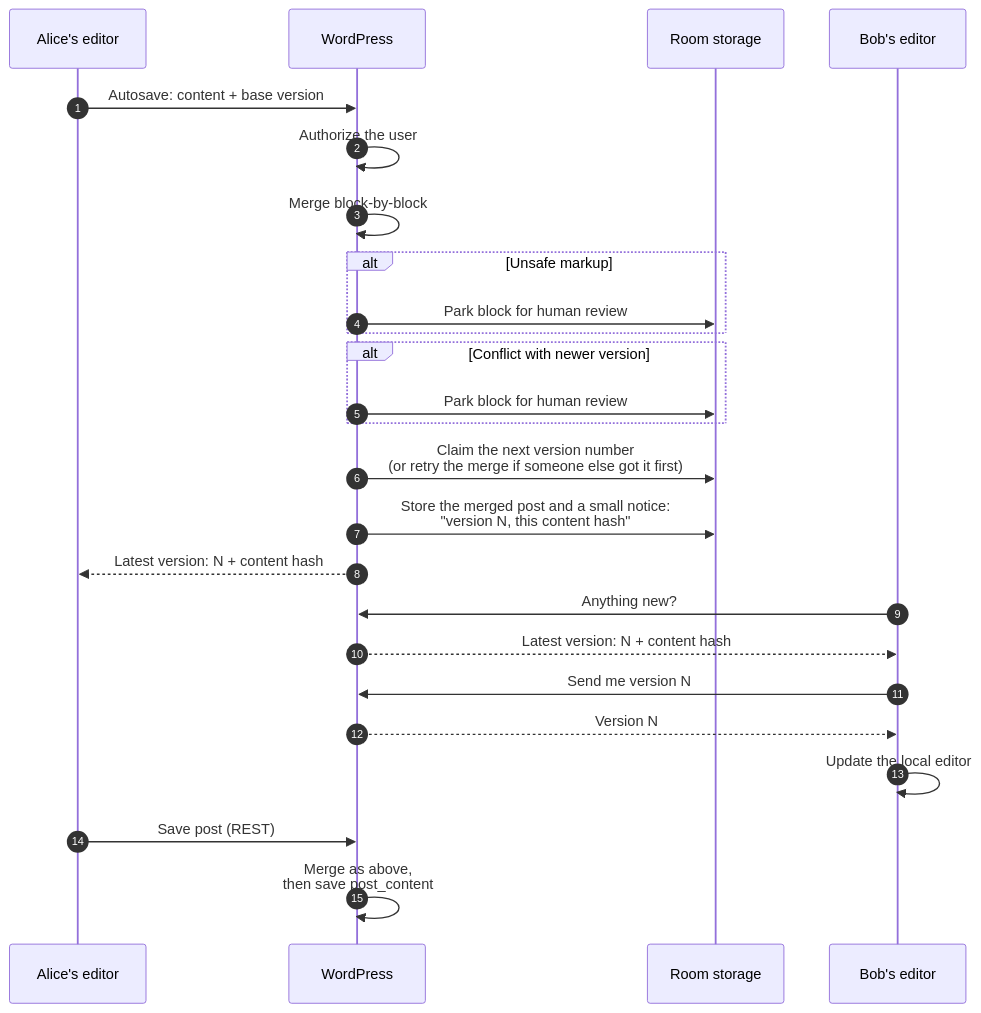
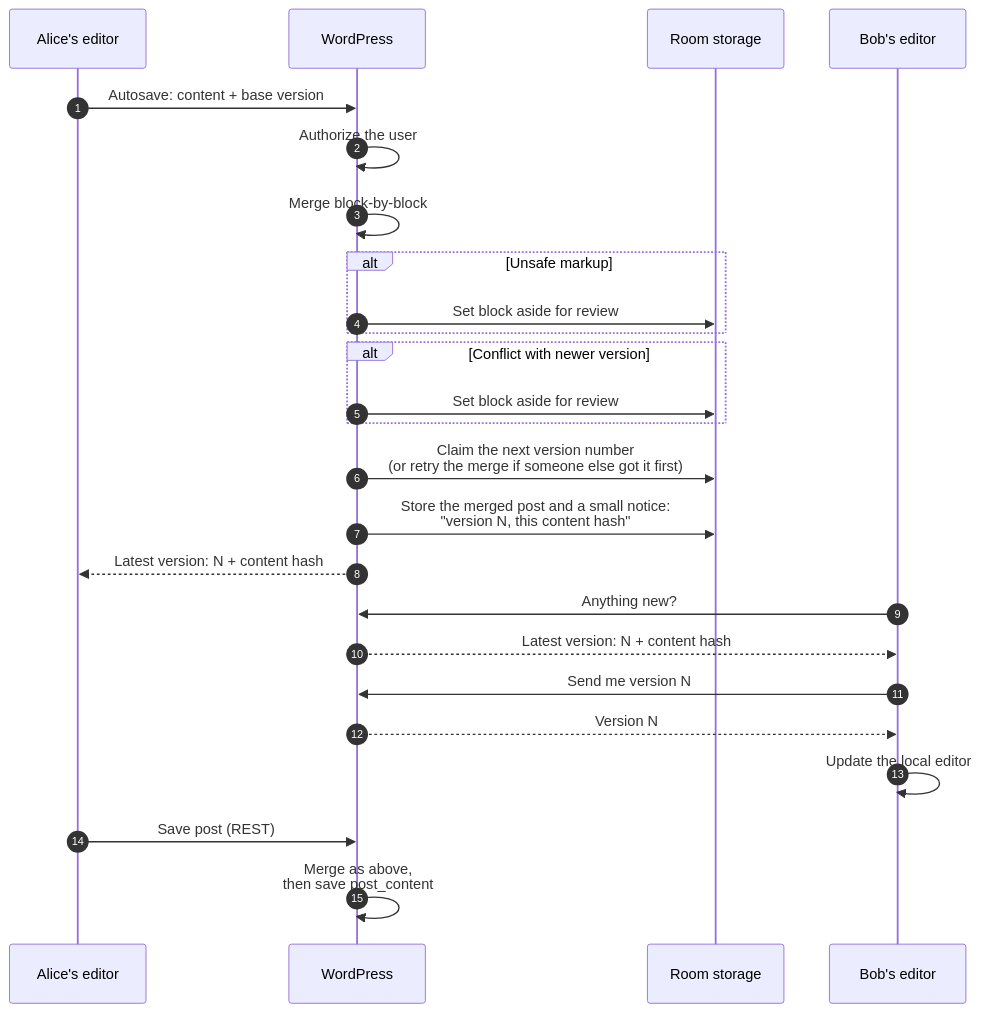
The fourth of 4 diagrams in docs/data-flow.md (WordPress/gutenberg-sync-engines), drawn with Mermaid before and after one commit. The commit also changed other lines of this file and 57 other files, not shown here.

````diff
--- a/docs/data-flow.md
+++ b/docs/data-flow.md
@@ -170,27 +160,27 @@
 ```mermaid
 sequenceDiagram
     autonumber
     participant A as Alice's editor
     participant WP as WordPress
     participant DB as Room storage
     participant B as Bob's editor
     A->>WP: Autosave: content + base version
     WP->>WP: Authorize the user
     WP->>WP: Merge block-by-block
     alt Unsafe markup
-        WP->>DB: Park block for human review
+        WP->>DB: Set block aside for review
     end
     alt Conflict with newer version
-        WP->>DB: Park block for human review
+        WP->>DB: Set block aside for review
     end
     WP->>DB: Claim the next version number<br/>(or retry the merge if someone else got it first)
     WP->>DB: Store the merged post and a small notice:<br/>"version N, this content hash"
     WP-->>A: Latest version: N + content hash
     B->>WP: Anything new?
     WP-->>B: Latest version: N + content hash
     B->>WP: Send me version N
     WP-->>B: Version N
     B->>B: Update the local editor
     A->>WP: Save post (REST)
     WP->>WP: Merge as above,<br/>then save post_content
 ```
````
